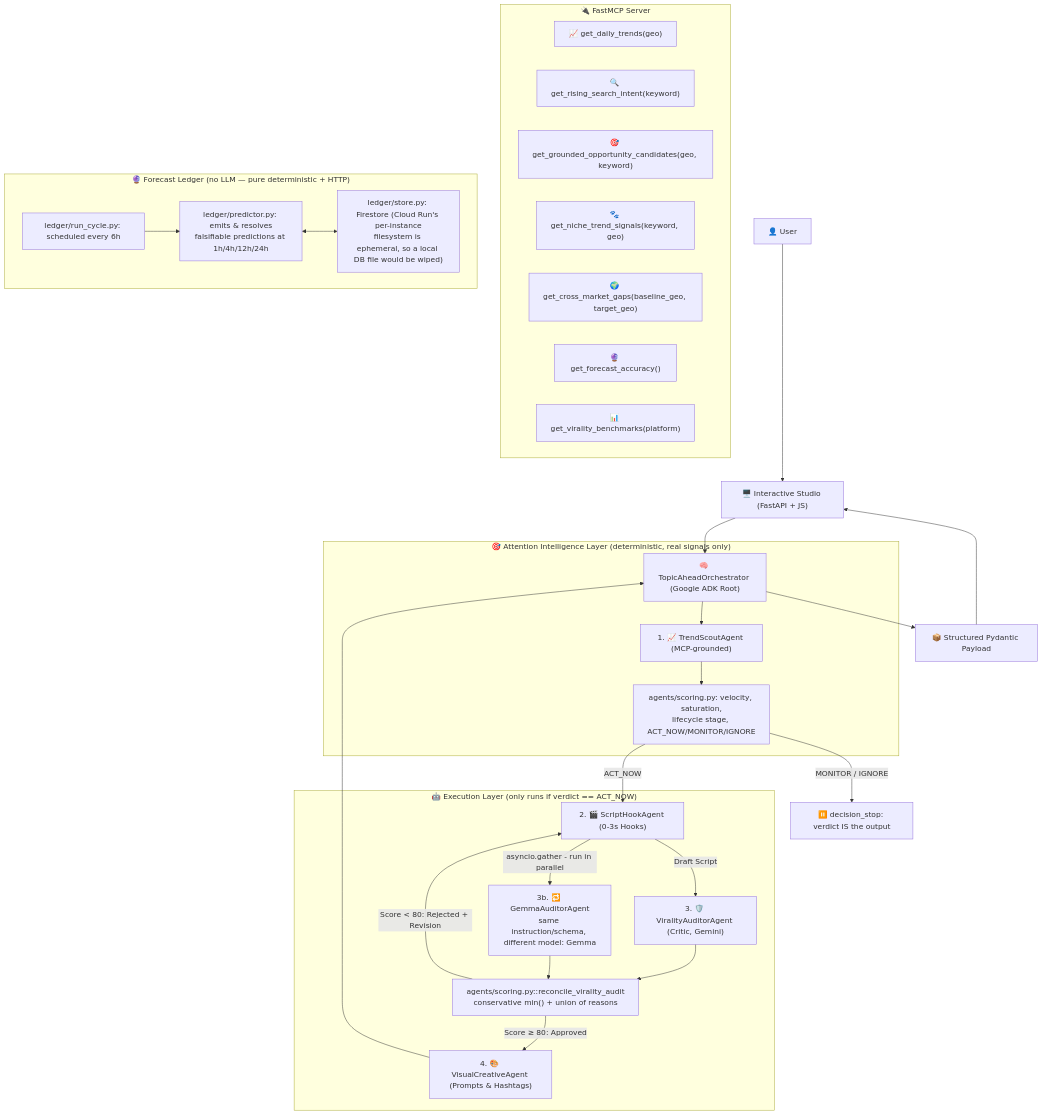
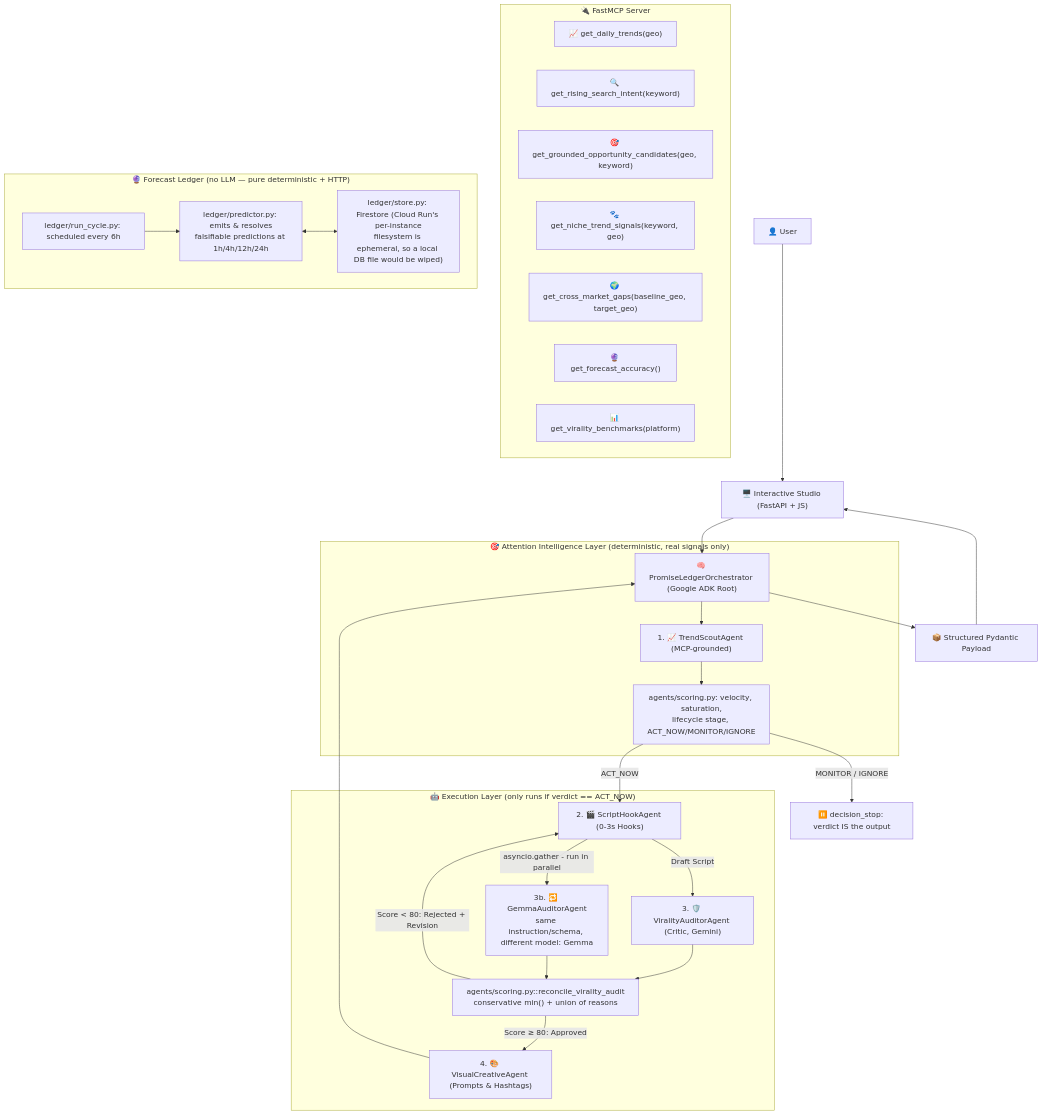
Before and after one commit to yobanrg6-coder/the-promise-ledger: the diagram in README.md, drawn with Mermaid. The commit also changed other lines of this file and 23 other files, not shown here.

First line of the commit message:
Rebrand TopicAhead -> The Promise Ledger across all code, docs and UI

````diff
--- a/README.md
+++ b/README.md
@@ -27,44 +27,44 @@
 ```mermaid
 flowchart TD
     User["👤 User"] --> WebUI["🖥️ Interactive Studio (FastAPI + JS)"]
-    WebUI --> Orchestrator["🧠 TopicAheadOrchestrator (Google ADK Root)"]
+    WebUI --> Orchestrator["🧠 PromiseLedgerOrchestrator (Google ADK Root)"]
 
     subgraph MCPLayer ["🔌 FastMCP Server"]
         TrendsTool["📈 get_daily_trends(geo)"]
         IntentTool["🔍 get_rising_search_intent(keyword)"]
         RadarTool["🎯 get_grounded_opportunity_candidates(geo, keyword)"]
         NicheTool["🐾 get_niche_trend_signals(keyword, geo)"]
         GapsTool["🌍 get_cross_market_gaps(baseline_geo, target_geo)"]
         LedgerTool["🔮 get_forecast_accuracy()"]
         BenchmarkTool["📊 get_virality_benchmarks(platform)"]
     end
 
     subgraph AttentionLayer ["🎯 Attention Intelligence Layer (deterministic, real signals only)"]
         Orchestrator --> Agent1["1. 📈 TrendScoutAgent (MCP-grounded)"]
         Agent1 --> Scoring["agents/scoring.py: velocity, saturation,\nlifecycle stage, ACT_NOW/MONITOR/IGNORE"]
     end
 
     subgraph Ledger ["🔮 Forecast Ledger (no LLM — pure deterministic + HTTP)"]
         Predictor["ledger/predictor.py: emits & resolves\nfalsifiable predictions at 1h/4h/12h/24h"]
         Store["ledger/store.py: Firestore (Cloud Run's per-instance\nfilesystem is ephemeral, so a local DB file would be wiped)"]
         Cycle["ledger/run_cycle.py: scheduled every 6h"]
     end
 
     subgraph ExecutionLayer ["🤖 Execution Layer (only runs if verdict == ACT_NOW)"]
         Agent2["2. 🎬 ScriptHookAgent (0-3s Hooks)"]
         Agent2 -->|"Draft Script"| Agent3["3. 🛡️ ViralityAuditorAgent (Critic, Gemini)"]
         Agent2 -->|"asyncio.gather - run in parallel"| Agent3b["3b. 🔁 GemmaAuditorAgent\nsame instruction/schema, different model: Gemma"]
         Agent3 --> Reconcile["agents/scoring.py::reconcile_virality_audit\nconservative min() + union of reasons"]
         Agent3b --> Reconcile
         Reconcile -->|"Score < 80: Rejected + Revision"| Agent2
         Reconcile -->|"Score ≥ 80: Approved"| Agent4["4. 🎨 VisualCreativeAgent (Prompts & Hashtags)"]
     end
 
     Scoring -->|"ACT_NOW"| Agent2
     Scoring -->|"MONITOR / IGNORE"| Stop["⏸️ decision_stop: verdict IS the output"]
     Agent4 --> Orchestrator
     Predictor <--> Store
     Cycle --> Predictor
     Orchestrator --> Output["📦 Structured Pydantic Payload"]
     Output --> WebUI
 ```
````
